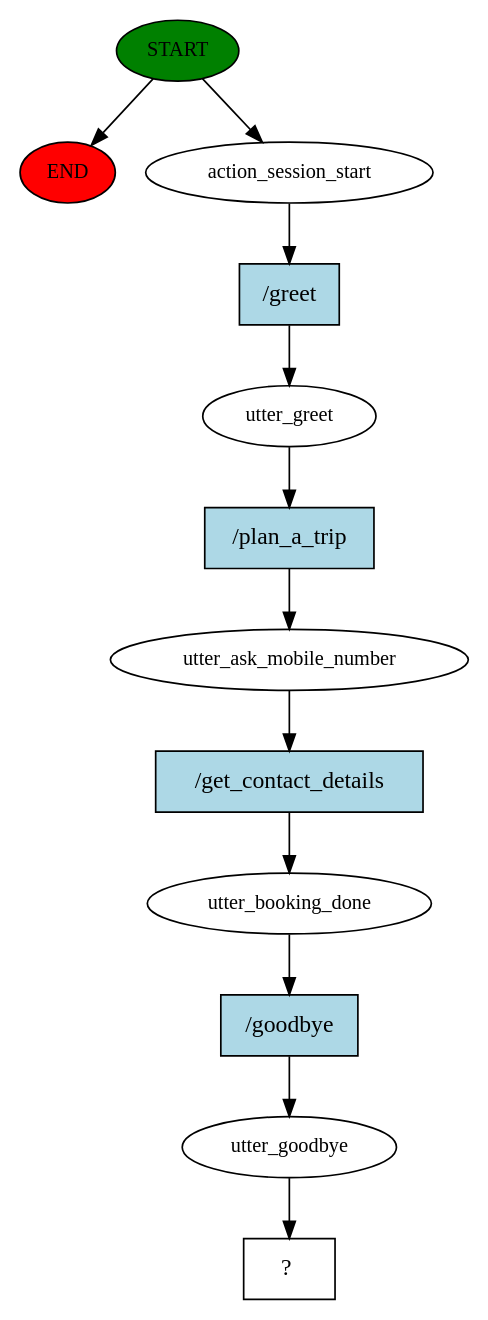
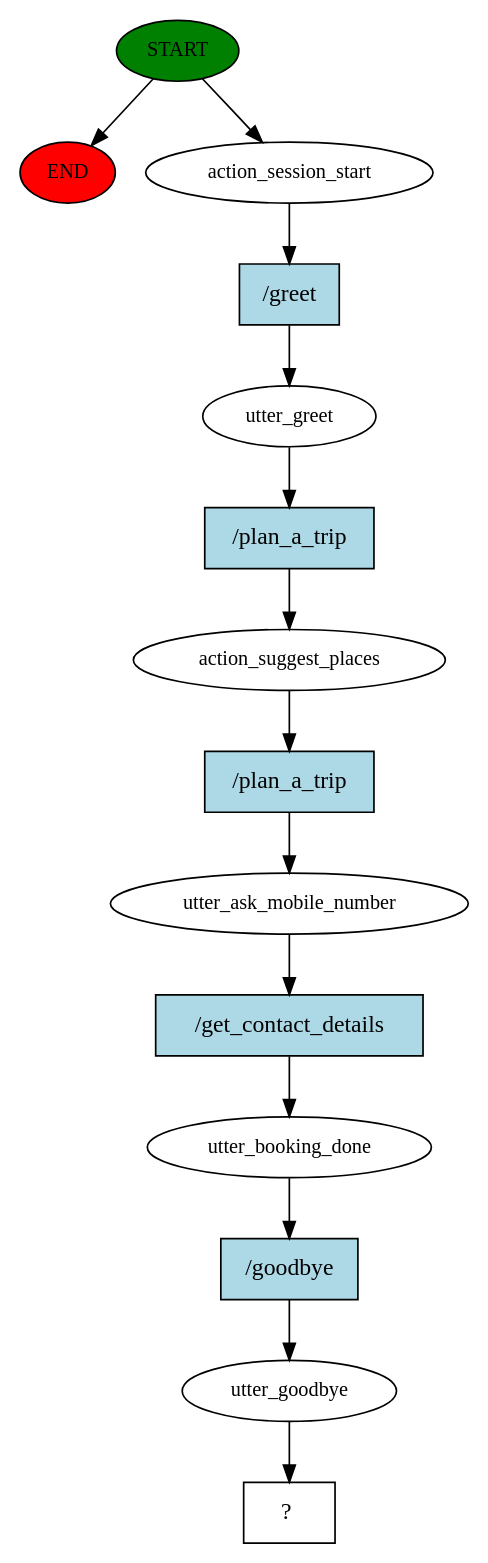
The diagram in story_graph.dot (anchit2000/RasaChatBot), drawn with Graphviz before and after one commit. The commit also changed 6 other files, not shown here.

```diff
--- a/story_graph.dot
+++ b/story_graph.dot
@@ -1,25 +1,29 @@
 digraph  {
 0 [class="start active", fillcolor=green, fontsize=12, label=START, style=filled];
 "-1" [class=end, fillcolor=red, fontsize=12, label=END, style=filled];
 1 [class=active, fontsize=12, label=action_session_start];
 2 [class=active, fontsize=12, label=utter_greet];
-3 [class=active, fontsize=12, label=utter_ask_mobile_number];
-4 [class=active, fontsize=12, label=utter_booking_done];
-5 [class=active, fontsize=12, label=utter_goodbye];
-6 [class="intent dashed active", label="  ?  ", shape=rect];
-7 [class="intent active", fillcolor=lightblue, label="/greet", shape=rect, style=filled];
-8 [class="intent active", fillcolor=lightblue, label="/plan_a_trip", shape=rect, style=filled];
-9 [class="intent active", fillcolor=lightblue, label="/get_contact_details", shape=rect, style=filled];
-10 [class="intent active", fillcolor=lightblue, label="/goodbye", shape=rect, style=filled];
+3 [class=active, fontsize=12, label=action_suggest_places];
+4 [class=active, fontsize=12, label=utter_ask_mobile_number];
+5 [class=active, fontsize=12, label=utter_booking_done];
+6 [class=active, fontsize=12, label=utter_goodbye];
+7 [class="intent dashed active", label="  ?  ", shape=rect];
+8 [class="intent active", fillcolor=lightblue, label="/greet", shape=rect, style=filled];
+9 [class="intent active", fillcolor=lightblue, label="/plan_a_trip", shape=rect, style=filled];
+10 [class="intent active", fillcolor=lightblue, label="/plan_a_trip", shape=rect, style=filled];
+11 [class="intent active", fillcolor=lightblue, label="/get_contact_details", shape=rect, style=filled];
+12 [class="intent active", fillcolor=lightblue, label="/goodbye", shape=rect, style=filled];
 0 -> "-1"  [class="", key=NONE, label=""];
 0 -> 1  [class=active, key=NONE, label=""];
-1 -> 7  [class=active, key=0];
-2 -> 8  [class=active, key=0];
-3 -> 9  [class=active, key=0];
-4 -> 10  [class=active, key=0];
-5 -> 6  [class=active, key=NONE, label=""];
-7 -> 2  [class=active, key=0];
-8 -> 3  [class=active, key=0];
-9 -> 4  [class=active, key=0];
-10 -> 5  [class=active, key=0];
+1 -> 8  [class=active, key=0];
+2 -> 9  [class=active, key=0];
+3 -> 10  [class=active, key=0];
+4 -> 11  [class=active, key=0];
+5 -> 12  [class=active, key=0];
+6 -> 7  [class=active, key=NONE, label=""];
+8 -> 2  [class=active, key=0];
+9 -> 3  [class=active, key=0];
+10 -> 4  [class=active, key=0];
+11 -> 5  [class=active, key=0];
+12 -> 6  [class=active, key=0];
 }
```
